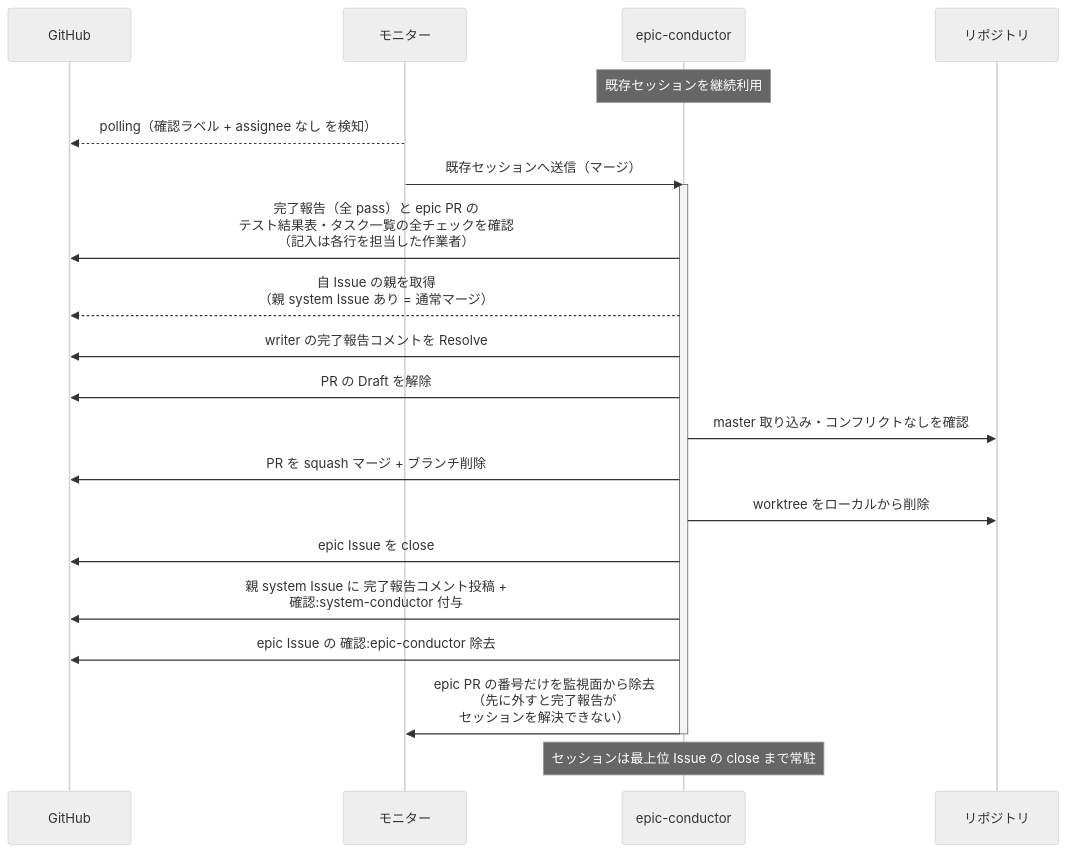
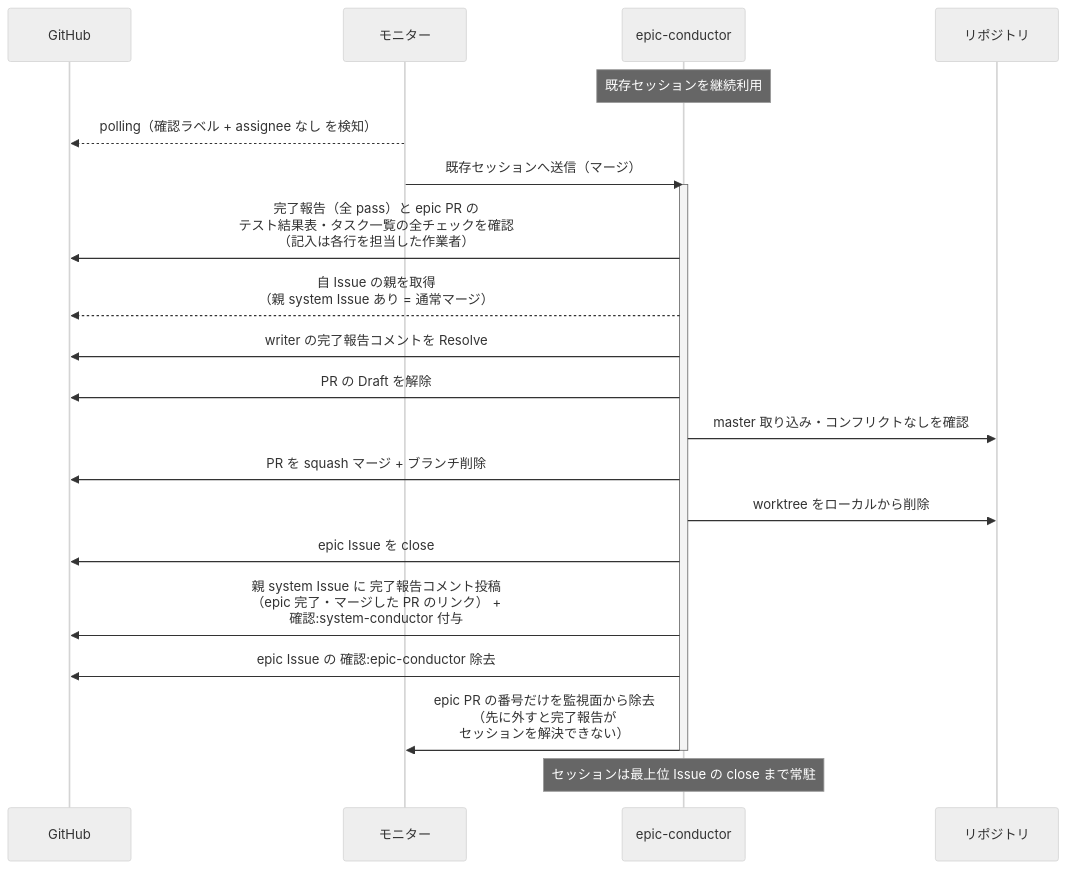
One commit to shuhei1101/ai-monitor changed the fourth of 6 diagrams in docs/wiki/設計図/シナリオ/単一ユースケース/マージ.md. Above: the diagram before and after it, drawn with Mermaid (neutral theme). The commit also changed other lines of this file and 9 other files, not shown here.

````diff
--- a/docs/wiki/設計図/シナリオ/単一ユースケース/マージ.md
+++ b/docs/wiki/設計図/シナリオ/単一ユースケース/マージ.md
@@ -177,25 +179,25 @@
 ```mermaid
 sequenceDiagram
   participant GH as GitHub
   participant ORC as モニター
   participant MON as epic-conductor
   participant REPO as リポジトリ
 
   Note over MON: 既存セッションを継続利用
   ORC-->>GH: polling（確認ラベル + assignee なし を検知）
   ORC->>MON: 既存セッションへ送信（マージ）
   activate MON
   MON->>GH: 完了報告（全 pass）と epic PR の<br>テスト結果表・タスク一覧の全チェックを確認<br>（記入は各行を担当した作業者）
   MON-->>GH: 自 Issue の親を取得<br>（親 system Issue あり = 通常マージ）
   MON->>GH: writer の完了報告コメントを Resolve
   MON->>GH: PR の Draft を解除
   MON->>REPO: master 取り込み・コンフリクトなしを確認
   MON->>GH: PR を squash マージ + ブランチ削除
   MON->>REPO: worktree をローカルから削除
   MON->>GH: epic Issue を close
-  MON->>GH: 親 system Issue に 完了報告コメント投稿 +<br>確認:system-conductor 付与
+  MON->>GH: 親 system Issue に 完了報告コメント投稿<br>（epic 完了・マージした PR のリンク） +<br>確認:system-conductor 付与
   MON->>GH: epic Issue の 確認:epic-conductor 除去
   MON->>ORC: epic PR の番号だけを監視面から除去<br>（先に外すと完了報告が<br>セッションを解決できない）
   deactivate MON
   Note over MON: セッションは最上位 Issue の close まで常駐
 ```
````
